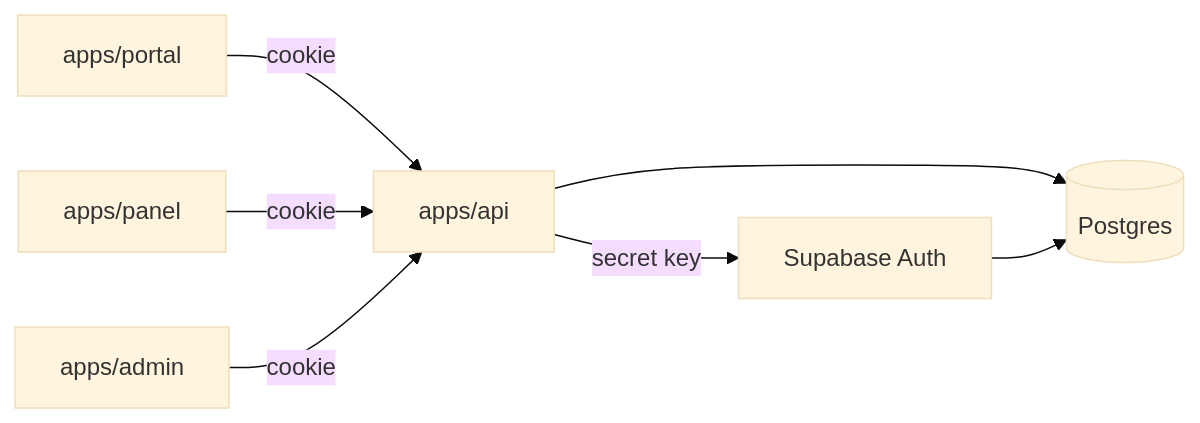
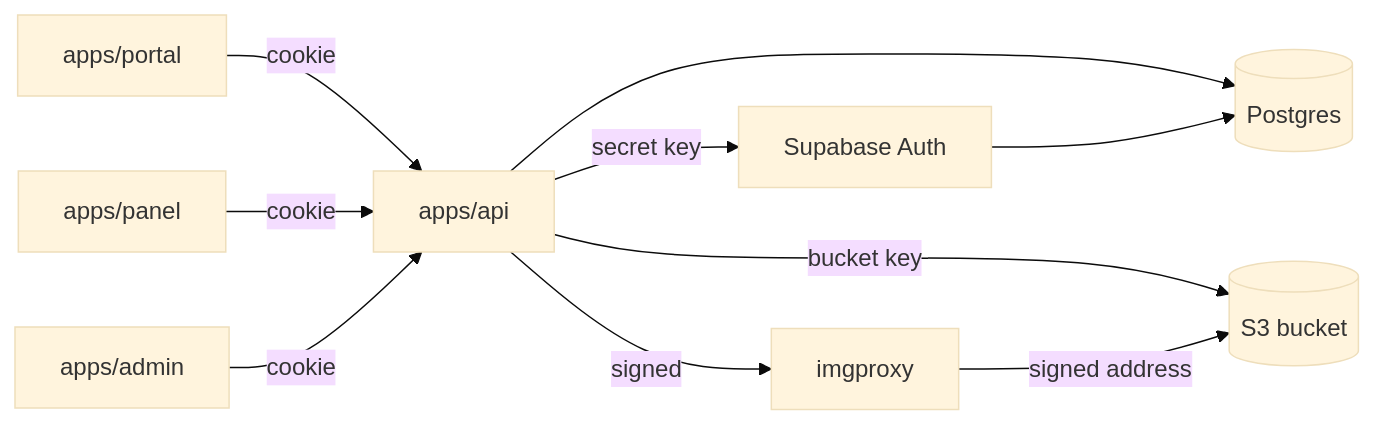
Before and after one commit to opos-land/opos: the diagram in docs/ARCHITECTURE.md, drawn with Mermaid (base theme). The commit also changed other lines of this file and 76 other files, not shown here.

First line of the commit message:
feat(api): keep uploaded files in a bucket and images through imgproxy (#79)

````diff
--- a/docs/ARCHITECTURE.md
+++ b/docs/ARCHITECTURE.md
@@ -10,9 +10,12 @@
 ```mermaid
 graph LR
     portal["apps/portal"] -->|cookie| api["apps/api"]
     panel["apps/panel"] -->|cookie| api
     admin["apps/admin"] -->|cookie| api
     api -->|secret key| auth["Supabase Auth"]
     api --> pg[("Postgres")]
     auth --> pg
+    api -->|bucket key| s3[("S3 bucket")]
+    api -->|signed| imgproxy["imgproxy"]
+    imgproxy -->|signed address| s3
 ```
````
